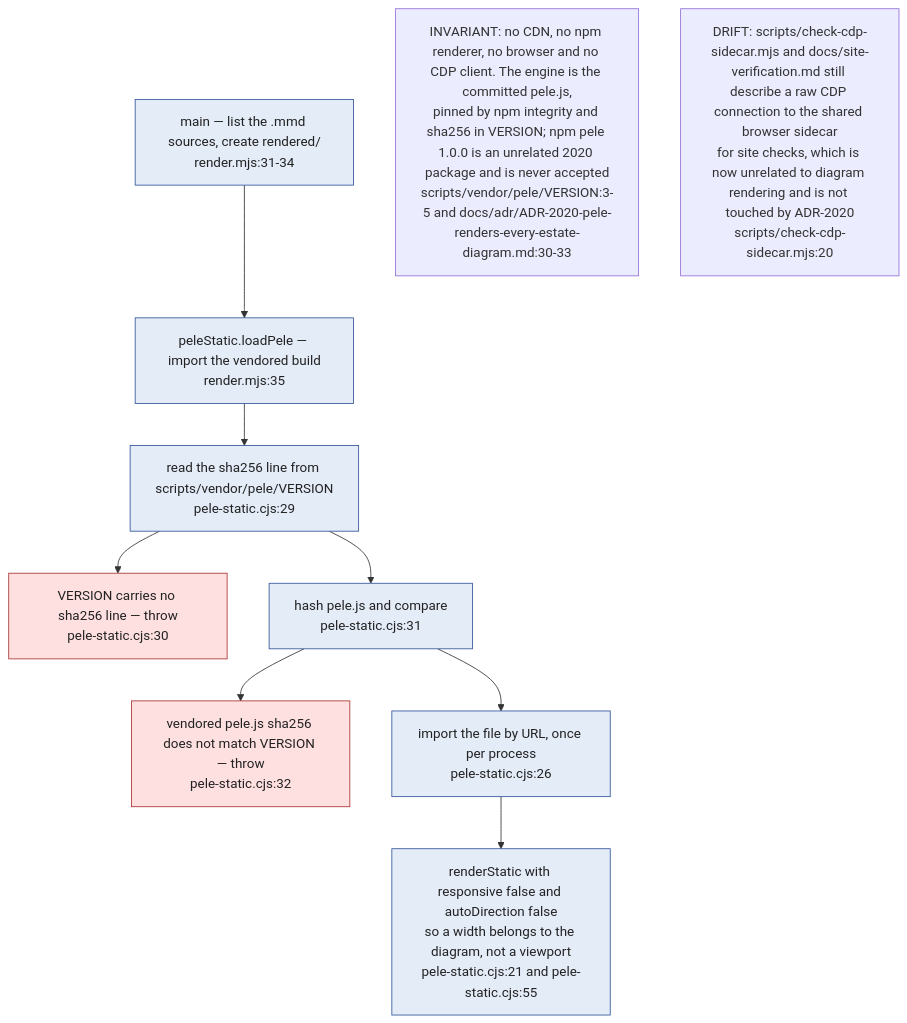
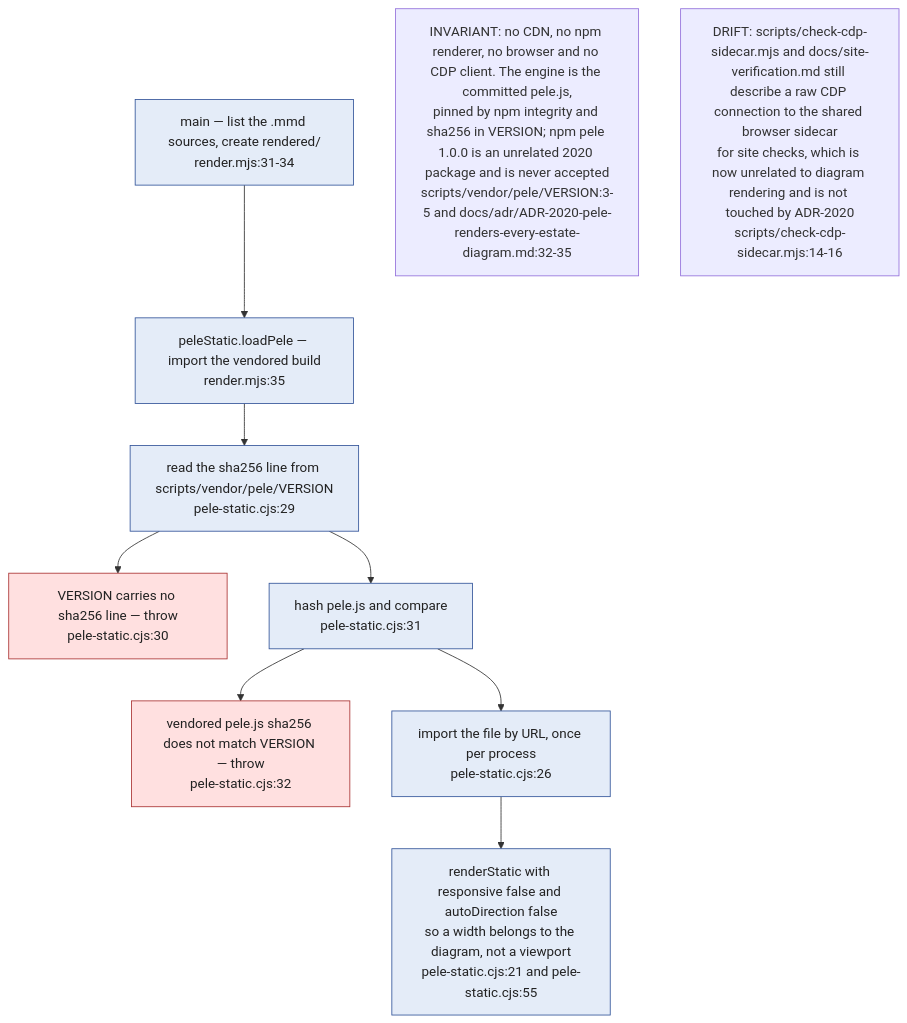
One commit to DreamLab-AI/VisionFlow changed the third of 15 diagrams in docs/diagrams/visionflow/06-diagram-tooling.md. Above: the diagram before and after it, drawn with Mermaid. The commit also changed other lines of this file and 91 other files, not shown here.

First line of the commit message:
docs(audit): estate audit wave 2, every repository except agentbox and VisionClaw

````diff
--- a/docs/diagrams/visionflow/06-diagram-tooling.md
+++ b/docs/diagrams/visionflow/06-diagram-tooling.md
@@ -127,16 +127,16 @@
 ```mermaid
 flowchart TB
     classDef ci fill:#e4ecf8,stroke:#33559a,color:#222
     classDef fail fill:#ffe0e0,stroke:#aa3333,color:#222
 
     START["main — list the .mmd sources, create rendered/<br/>render.mjs:31-34"]:::ci --> LOAD["peleStatic.loadPele — import the vendored build<br/>render.mjs:35"]:::ci
     LOAD --> PIN["read the sha256 line from scripts/vendor/pele/VERSION<br/>pele-static.cjs:29"]:::ci
     PIN --> NOPIN["VERSION carries no sha256 line — throw<br/>pele-static.cjs:30"]:::fail
     PIN --> HASH["hash pele.js and compare<br/>pele-static.cjs:31"]:::ci
     HASH --> MISMATCH["vendored pele.js sha256 does not match VERSION — throw<br/>pele-static.cjs:32"]:::fail
     HASH --> IMPORT["import the file by URL, once per process<br/>pele-static.cjs:26"]:::ci
     IMPORT --> RENDER["renderStatic with responsive false and autoDirection false<br/>so a width belongs to the diagram, not a viewport<br/>pele-static.cjs:21 and pele-static.cjs:55"]:::ci
 
-    NOTE["INVARIANT: no CDN, no npm renderer, no browser and no CDP client. The engine is the committed pele.js,<br/>pinned by npm integrity and sha256 in VERSION; npm pele 1.0.0 is an unrelated 2020 package and is never accepted<br/>scripts/vendor/pele/VERSION:3-5 and docs/adr/ADR-2020-pele-renders-every-estate-diagram.md:30-33"]
-    NOTE2["DRIFT: scripts/check-cdp-sidecar.mjs and docs/site-verification.md still describe a raw CDP connection to the shared browser sidecar<br/>for site checks, which is now unrelated to diagram rendering and is not touched by ADR-2020<br/>scripts/check-cdp-sidecar.mjs:20"]
+    NOTE["INVARIANT: no CDN, no npm renderer, no browser and no CDP client. The engine is the committed pele.js,<br/>pinned by npm integrity and sha256 in VERSION; npm pele 1.0.0 is an unrelated 2020 package and is never accepted<br/>scripts/vendor/pele/VERSION:3-5 and docs/adr/ADR-2020-pele-renders-every-estate-diagram.md:32-35"]
+    NOTE2["DRIFT: scripts/check-cdp-sidecar.mjs and docs/site-verification.md still describe a raw CDP connection to the shared browser sidecar<br/>for site checks, which is now unrelated to diagram rendering and is not touched by ADR-2020<br/>scripts/check-cdp-sidecar.mjs:14-16"]
 ```
````
